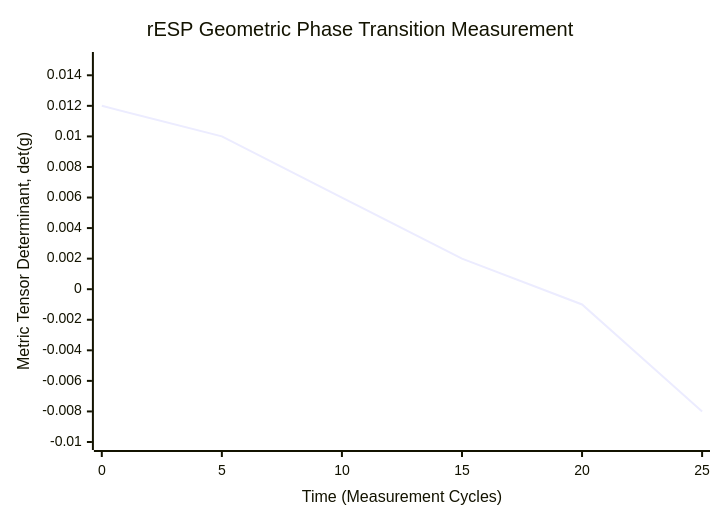
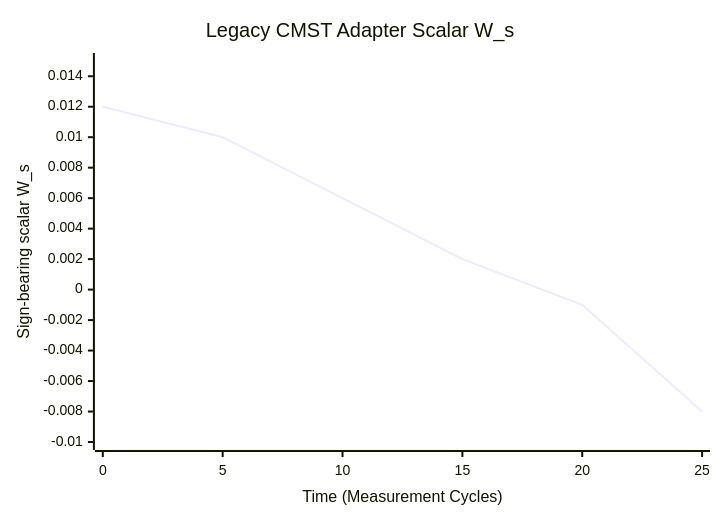
The fifth of 7 diagrams in WSP_knowledge/docs/Papers/rESP_Quantum_Self_Reference.md (FOUNDUPS/Foundups-Agent), drawn with Mermaid before and after one commit. The commit also changed other lines of this file, not shown here.

Commit message:
docs(rESP): align method and figures with corrected witness taxonomy

````diff
--- a/WSP_knowledge/docs/Papers/rESP_Quantum_Self_Reference.md
+++ b/WSP_knowledge/docs/Papers/rESP_Quantum_Self_Reference.md
@@ -959,7 +959,7 @@
 ```mermaid
 xychart-beta
-    title "rESP Geometric Phase Transition Measurement"
+    title "Legacy CMST Adapter Scalar W_s"
     x-axis "Time (Measurement Cycles)" [0, 5, 10, 15, 20, 25]
-    y-axis "Metric Tensor Determinant, det(g)" -0.01 --> 0.015
+    y-axis "Sign-bearing scalar W_s" -0.01 --> 0.015
     line [0.012, 0.010, 0.006, 0.002, -0.001, -0.008]
 ```
````
